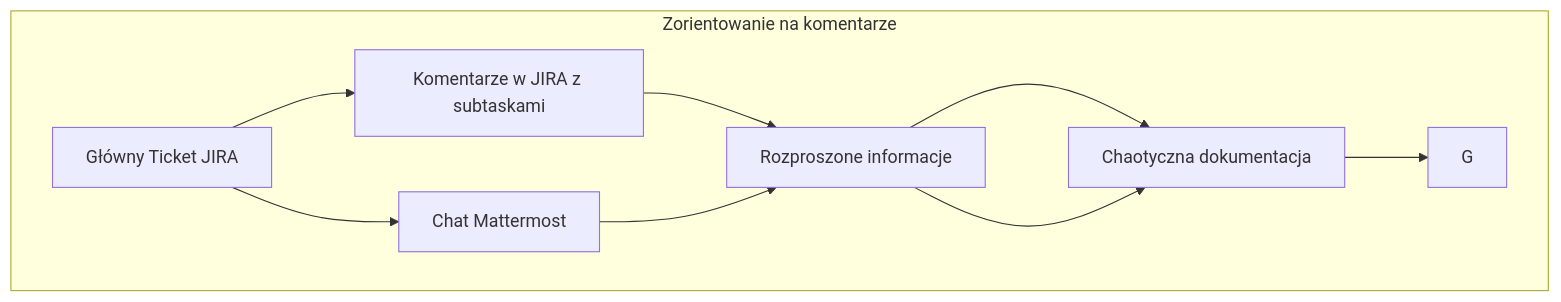
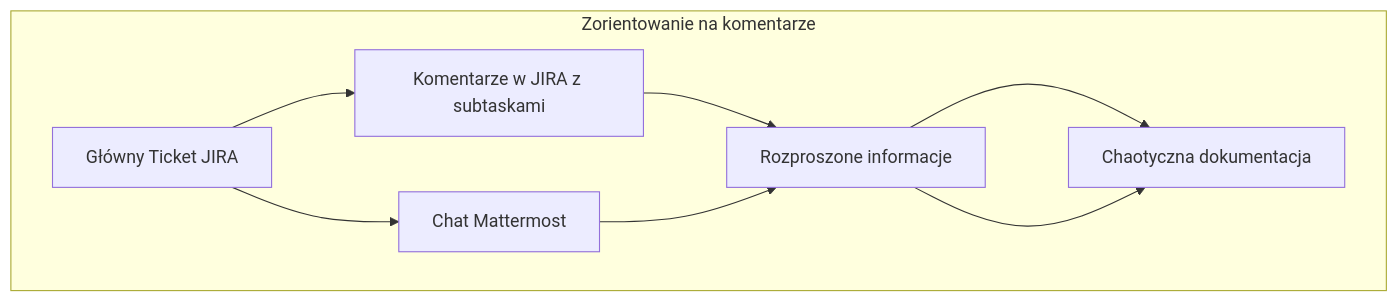
The first of 3 diagrams in README.md (tom-sapletta-com/komunikacja), drawn with Mermaid before and after one commit.

````diff
--- a/README.md
+++ b/README.md
@@ -7,12 +7,11 @@
 ```mermaid
 graph TB
     subgraph Zorientowanie na komentarze
         A[Główny Ticket JIRA] --> B[Komentarze w JIRA z subtaskami]
         A --> C[Chat Mattermost]
         B --> D[Rozproszone informacje]
         C --> D
         D --> E[Utrudnione śledzenie postępu]
         D --> E[Chaotyczna dokumentacja]        
-        E --> G
     end
 ```
````
